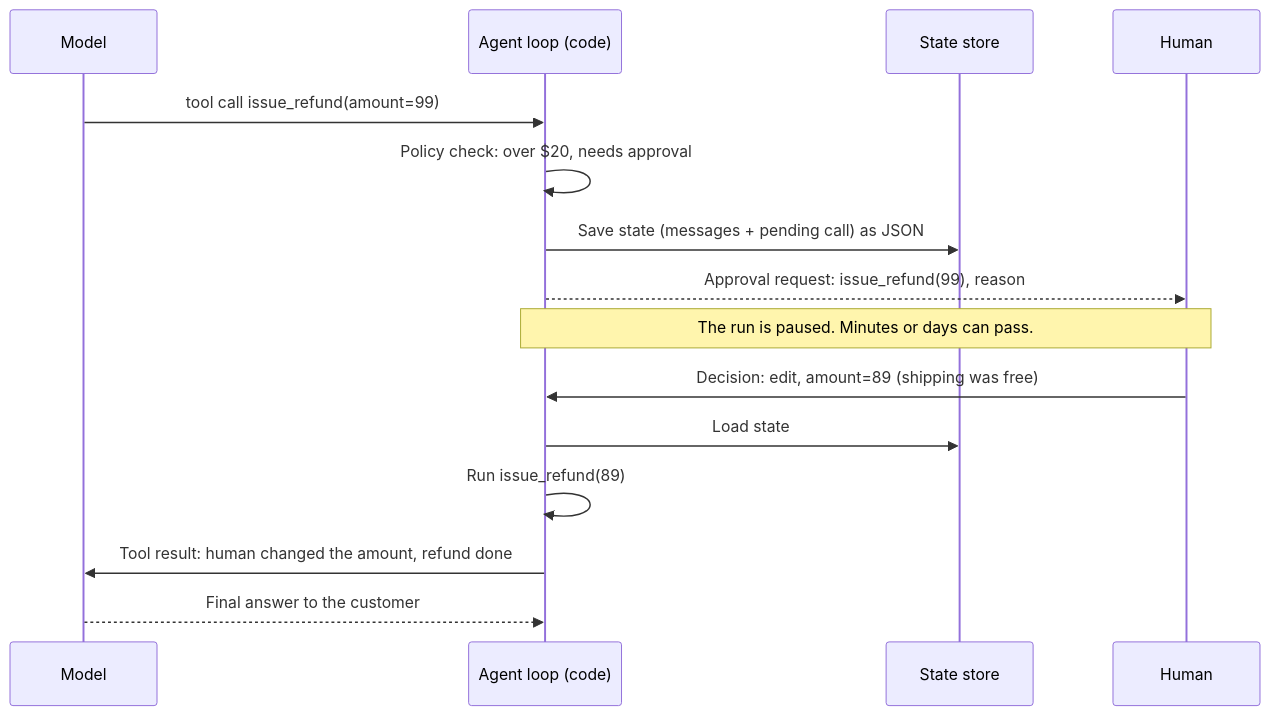
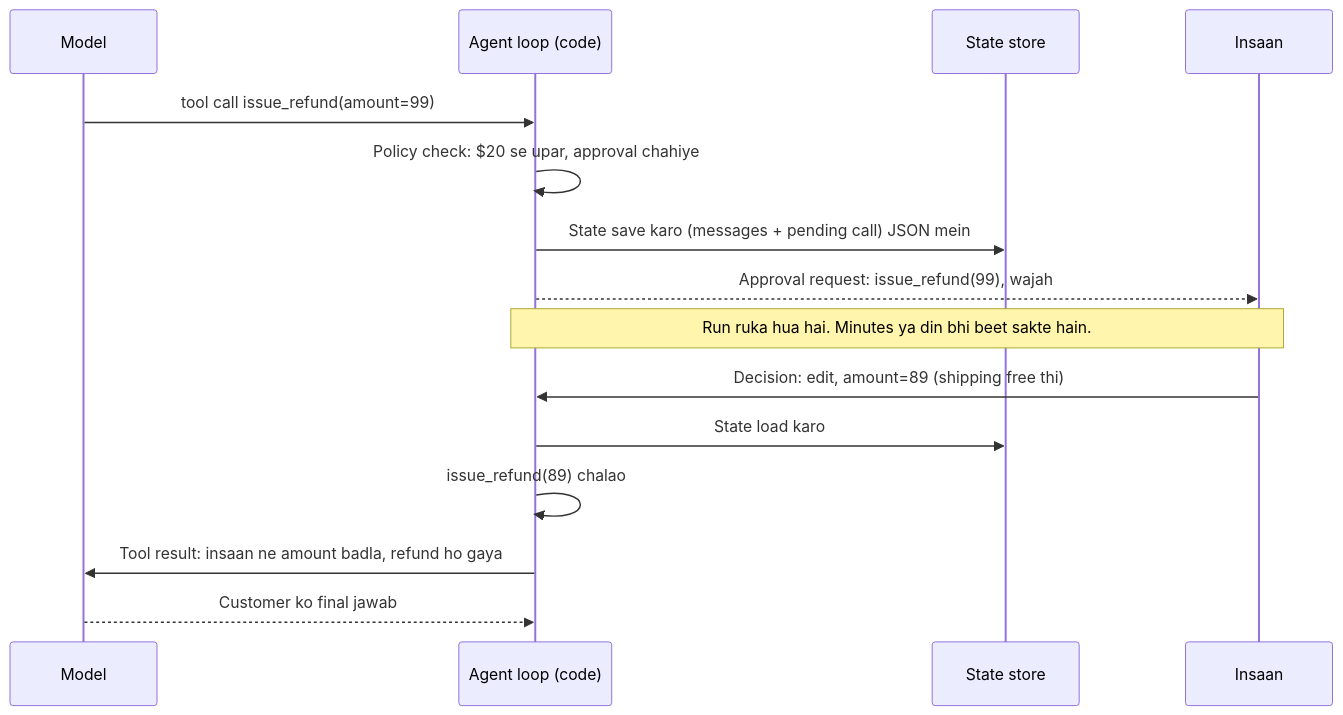
One commit to asmustechno/agentic-ai-notes changed the diagram in docs/09-agent-design-patterns/09.6-human-in-the-loop.md. Above: the diagram before and after it, drawn with Mermaid. The commit also changed other lines of this file and 135 other files, not shown here.

````diff
--- a/docs/09-agent-design-patterns/09.6-human-in-the-loop.md
+++ b/docs/09-agent-design-patterns/09.6-human-in-the-loop.md
@@ -45,17 +47,17 @@
 ```mermaid
 sequenceDiagram
     participant M as Model
     participant A as Agent loop (code)
     participant S as State store
-    participant H as Human
+    participant H as Insaan
     M->>A: tool call issue_refund(amount=99)
-    A->>A: Policy check: over $20, needs approval
-    A->>S: Save state (messages + pending call) as JSON
-    A-->>H: Approval request: issue_refund(99), reason
-    Note over A,H: The run is paused. Minutes or days can pass.
-    H->>A: Decision: edit, amount=89 (shipping was free)
-    A->>S: Load state
-    A->>A: Run issue_refund(89)
-    A->>M: Tool result: human changed the amount, refund done
-    M-->>A: Final answer to the customer
+    A->>A: Policy check: $20 se upar, approval chahiye
+    A->>S: State save karo (messages + pending call) JSON mein
+    A-->>H: Approval request: issue_refund(99), wajah
+    Note over A,H: Run ruka hua hai. Minutes ya din bhi beet sakte hain.
+    H->>A: Decision: edit, amount=89 (shipping free thi)
+    A->>S: State load karo
+    A->>A: issue_refund(89) chalao
+    A->>M: Tool result: insaan ne amount badla, refund ho gaya
+    M-->>A: Customer ko final jawab
 ```
````
